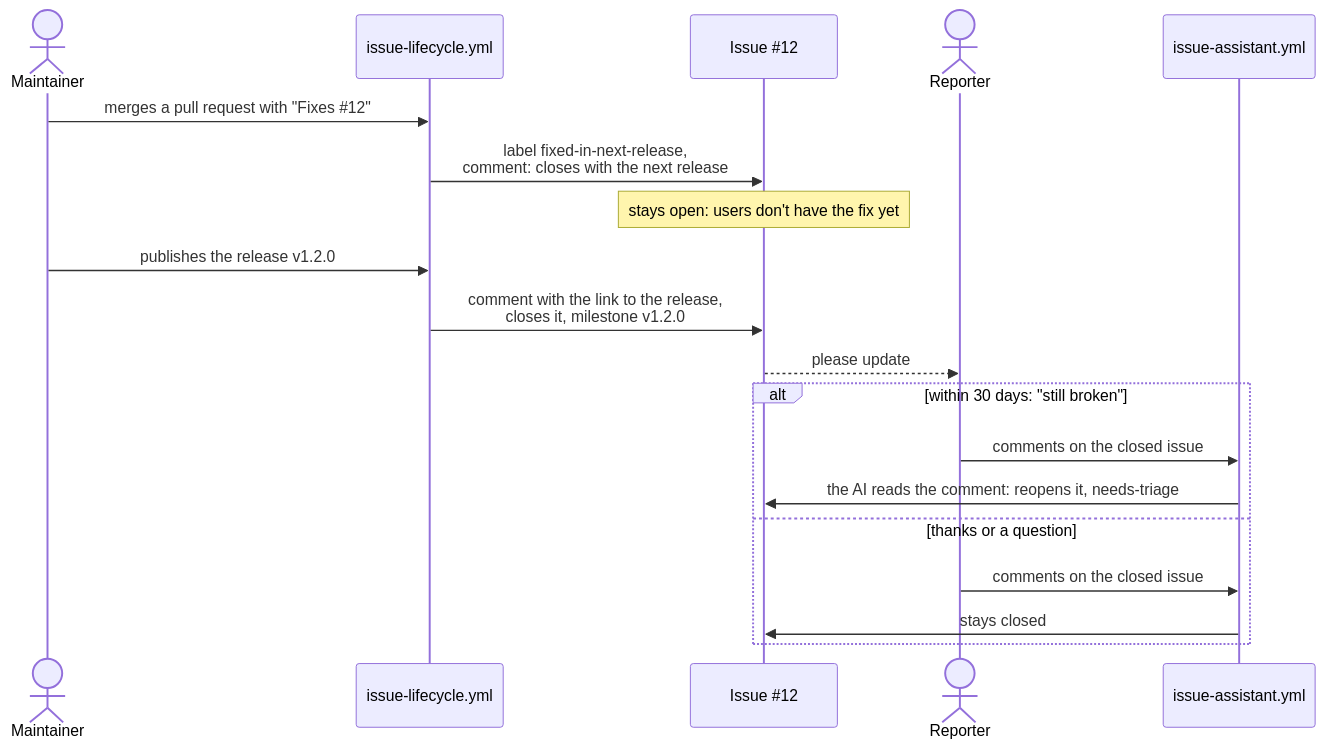
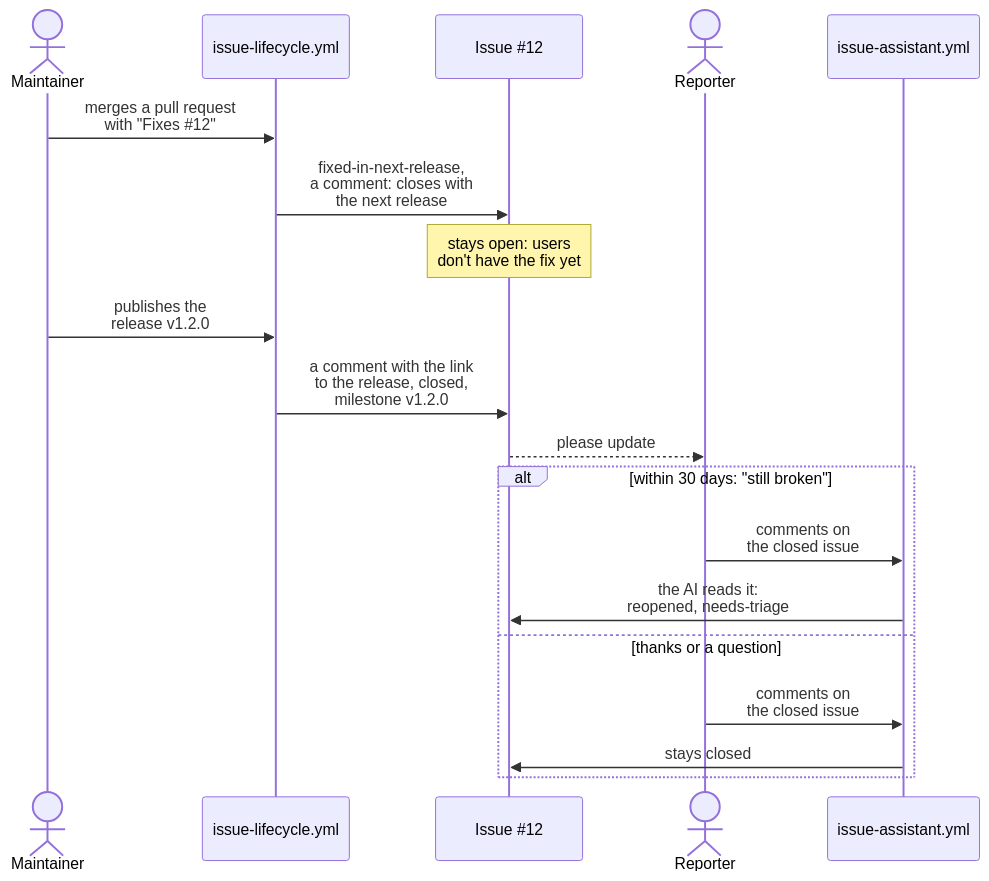
The fifth of 11 diagrams in README.md (Dennis-Otto/issue-assistant), drawn with Mermaid before and after one commit. The commit also changed other lines of this file and 4 other files, not shown here.

First line of the commit message:
docs: accessible top-to-bottom diagrams, and three new ones (#82)

````diff
--- a/README.md
+++ b/README.md
@@ -170,21 +233,23 @@
 ```mermaid
 sequenceDiagram
+  accTitle: A fixed issue, from the merge to the release
+  accDescr: The maintainer merges a pull request with Fixes #12. issue-lifecycle.yml labels the issue fixed-in-next-release and comments that it closes with the next release; it stays open, since users don't have the fix yet. When the maintainer publishes the release v1.2.0, the lifecycle comments with the link to the release, closes the issue and files it under the milestone v1.2.0, and the reporter is asked to update. When the reporter comments within 30 days that it is still broken, issue-assistant.yml lets the AI read the comment and reopens the issue with needs-triage; after thanks or a question, it stays closed.
   actor M as Maintainer
   participant L as issue-lifecycle.yml
   participant I as Issue #35;12
   actor R as Reporter
   participant A as issue-assistant.yml
-  M->>L: merges a pull request with "Fixes #35;12"
-  L->>I: label fixed-in-next-release,<br/>comment: closes with the next release
-  Note over I: stays open: users don't have the fix yet
-  M->>L: publishes the release v1.2.0
-  L->>I: comment with the link to the release,<br/>closes it, milestone v1.2.0
+  M->>L: merges a pull request<br/>with "Fixes #35;12"
+  L->>I: fixed-in-next-release,<br/>a comment: closes with<br/>the next release
+  Note over I: stays open: users<br/>don't have the fix yet
+  M->>L: publishes the<br/>release v1.2.0
+  L->>I: a comment with the link<br/>to the release, closed,<br/>milestone v1.2.0
   I-->>R: please update
   alt within 30 days: "still broken"
-    R->>A: comments on the closed issue
-    A->>I: the AI reads the comment: reopens it, needs-triage
+    R->>A: comments on<br/>the closed issue
+    A->>I: the AI reads it:<br/>reopened, needs-triage
   else thanks or a question
-    R->>A: comments on the closed issue
+    R->>A: comments on<br/>the closed issue
     A->>I: stays closed
   end
 ```
````
